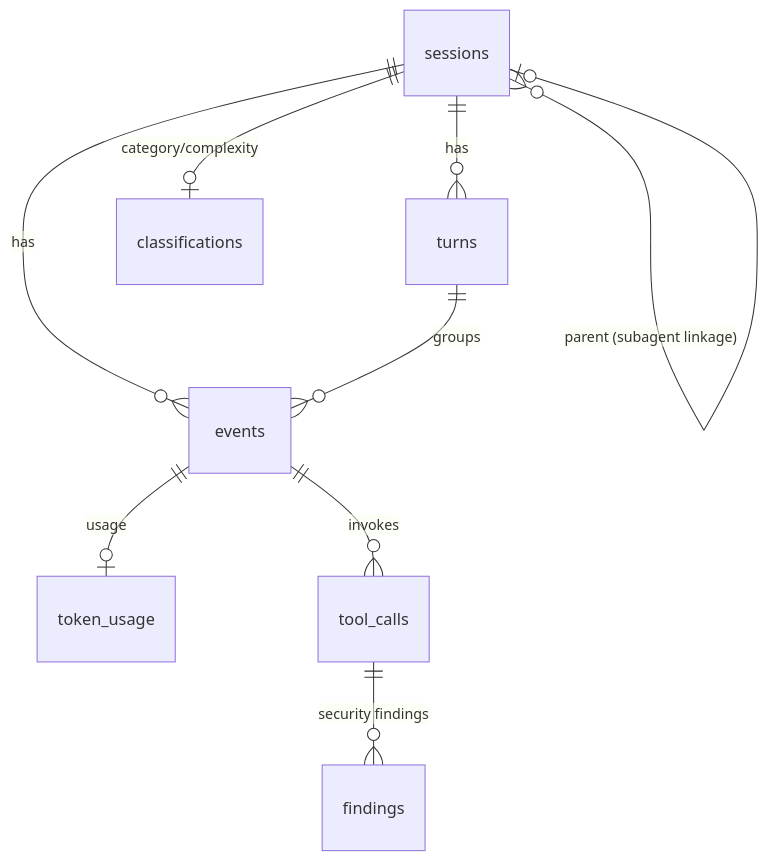
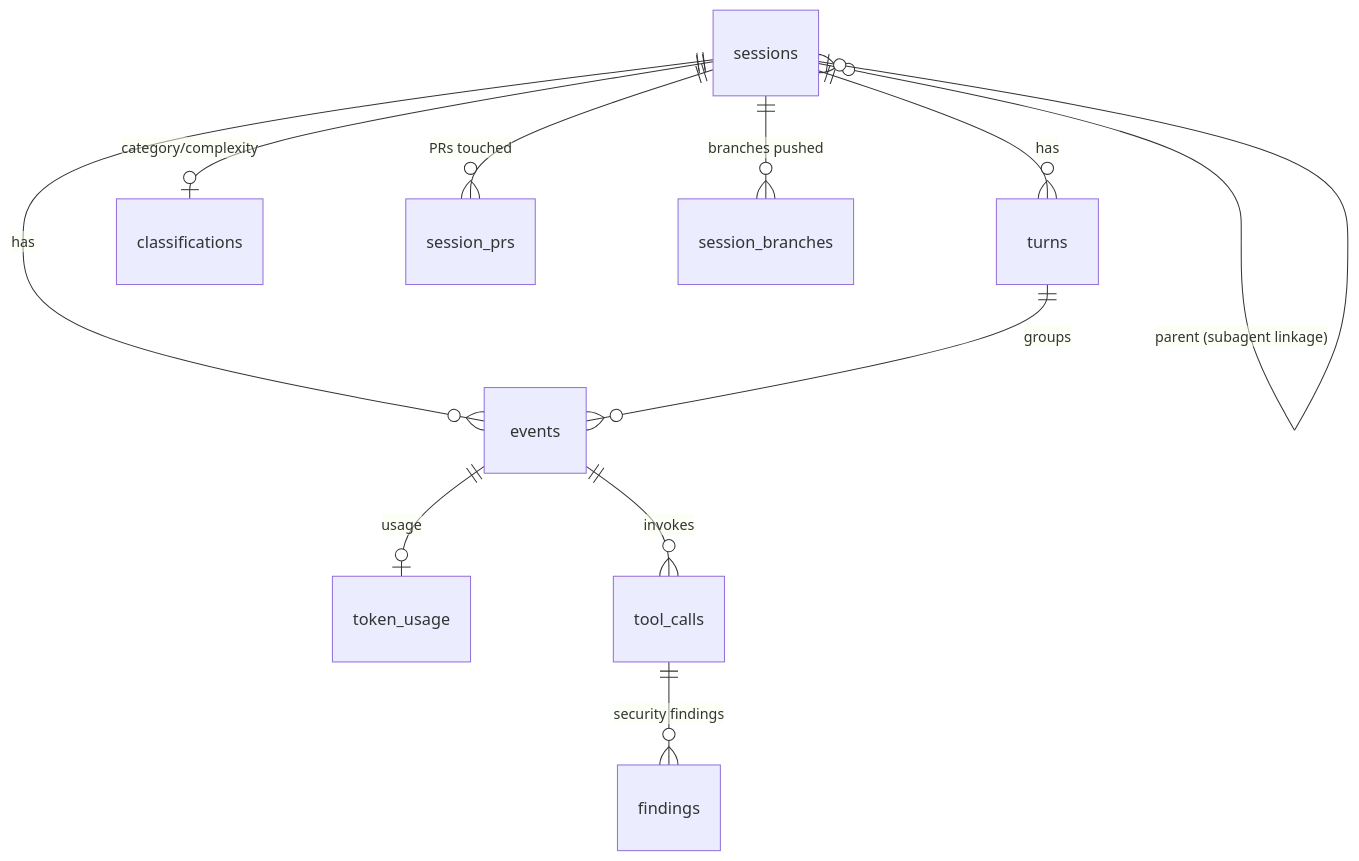
Before and after one commit to SWEStash/agent-lens: the fourth of 4 diagrams in docs/ARCHITECTURE.md, drawn with Mermaid. The commit also changed other lines of this file and 28 other files, not shown here.

First line of the commit message:
feat(sessions): link sessions to the PRs they opened or pushed (#96)

````diff
--- a/docs/ARCHITECTURE.md
+++ b/docs/ARCHITECTURE.md
@@ -127,11 +127,13 @@
 ```mermaid
 erDiagram
   sessions ||--o{ turns : has
   sessions ||--o{ events : has
   turns ||--o{ events : groups
   events ||--o| token_usage : "usage"
   events ||--o{ tool_calls : "invokes"
   sessions ||--o| classifications : "category/complexity"
   tool_calls ||--o{ findings : "security findings"
   sessions }o--o| sessions : "parent (subagent linkage)"
+  sessions ||--o{ session_prs : "PRs touched"
+  sessions ||--o{ session_branches : "branches pushed"
 ```
````
